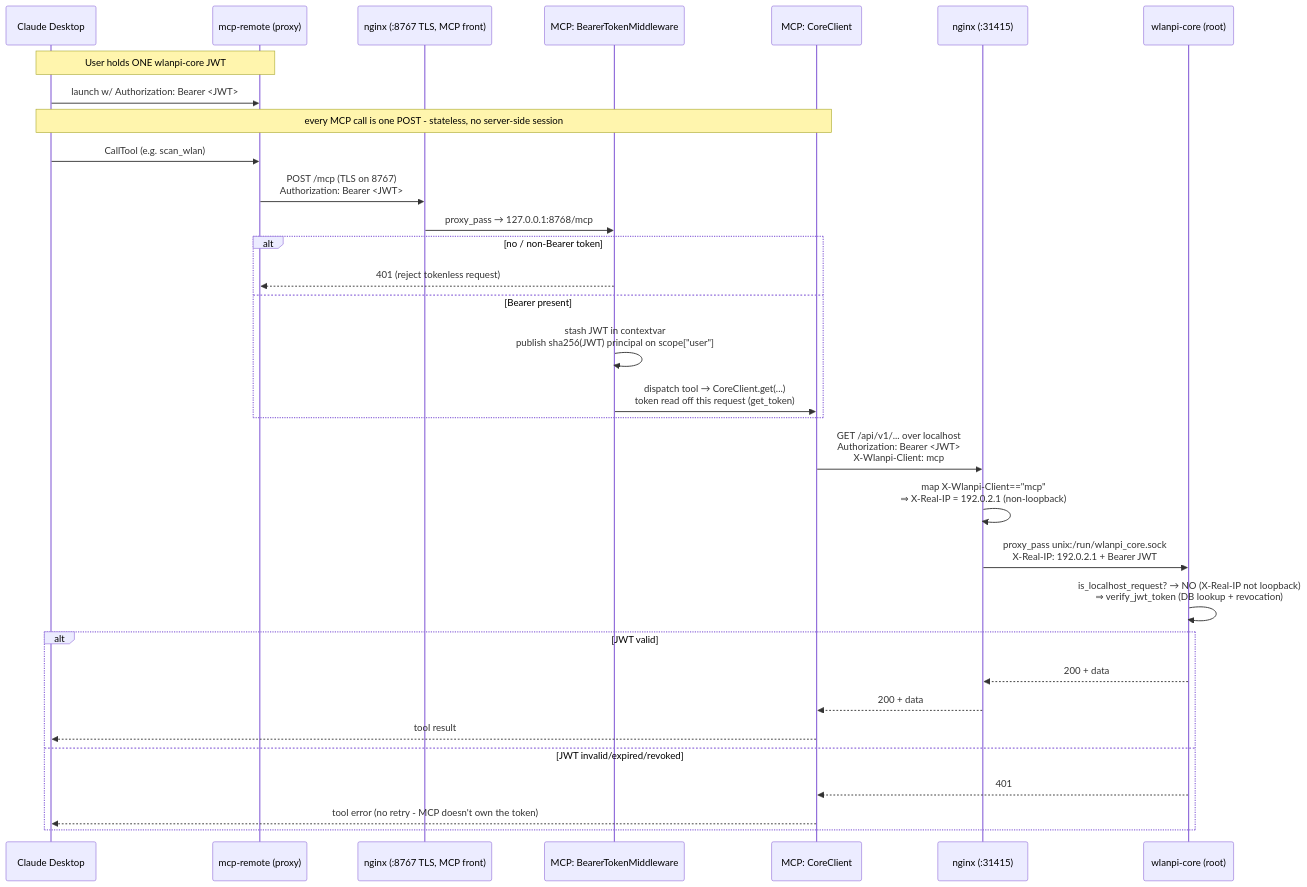
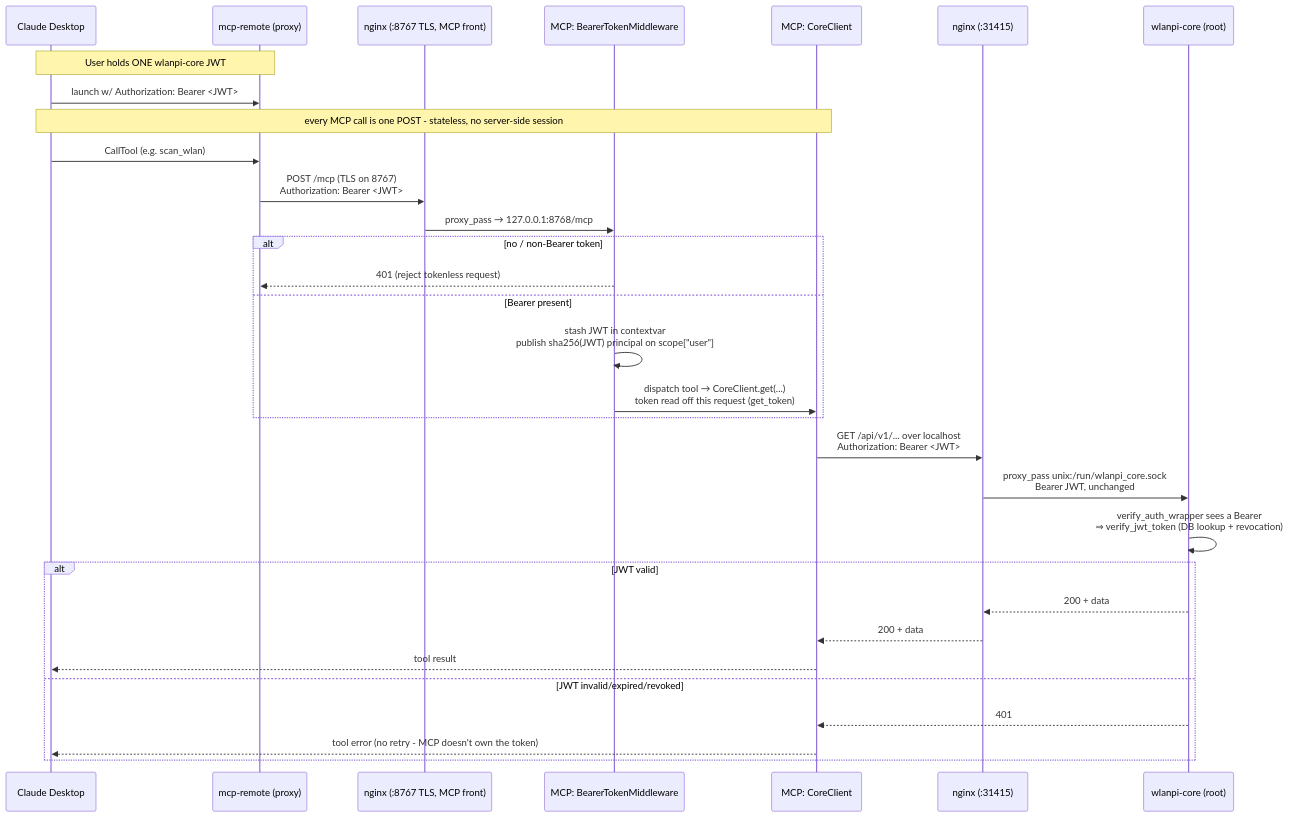
Before and after one commit to WLAN-Pi/wlanpi-mcp: the first of 2 diagrams in docs/auth-flow.md, drawn with Mermaid. The commit also changed other lines of this file and 4 other files, not shown here.

First line of the commit message:
fix(client): drop X-Wlanpi-Client header (#37) (#83)

````diff
--- a/docs/auth-flow.md
+++ b/docs/auth-flow.md
@@ -17,35 +15,34 @@
 ```mermaid
 sequenceDiagram
     participant CD as Claude Desktop
     participant MR as mcp-remote (proxy)
     participant MG as nginx (:8767 TLS, MCP front)
     participant MW as MCP: BearerTokenMiddleware
     participant CC as MCP: CoreClient
     participant NG as nginx (:31415)
     participant API as wlanpi-core (root)
 
     Note over CD,MR: User holds ONE wlanpi-core JWT
     CD->>MR: launch w/ Authorization: Bearer <JWT>
     Note over CD,CC: every MCP call is one POST - stateless, no server-side session
     CD->>MR: CallTool (e.g. scan_wlan)
     MR->>MG: POST /mcp (TLS on 8767)<br/>Authorization: Bearer <JWT>
     MG->>MW: proxy_pass → 127.0.0.1:8768/mcp
     alt no / non-Bearer token
         MW-->>MR: 401 (reject tokenless request)
     else Bearer present
         MW->>MW: stash JWT in contextvar<br/>publish sha256(JWT) principal on scope["user"]
         MW->>CC: dispatch tool → CoreClient.get(...)<br/>token read off this request (get_token)
     end
-    CC->>NG: GET /api/v1/... over localhost<br/>Authorization: Bearer <JWT><br/>X-Wlanpi-Client: mcp
-    NG->>NG: map X-Wlanpi-Client=="mcp"<br/>⇒ X-Real-IP = 192.0.2.1 (non-loopback)
-    NG->>API: proxy_pass unix:/run/wlanpi_core.sock<br/>X-Real-IP: 192.0.2.1 + Bearer JWT
-    API->>API: is_localhost_request? → NO (X-Real-IP not loopback)<br/>⇒ verify_jwt_token (DB lookup + revocation)
+    CC->>NG: GET /api/v1/... over localhost<br/>Authorization: Bearer <JWT>
+    NG->>API: proxy_pass unix:/run/wlanpi_core.sock<br/>Bearer JWT, unchanged
+    API->>API: verify_auth_wrapper sees a Bearer<br/>⇒ verify_jwt_token (DB lookup + revocation)
     alt JWT valid
         API-->>NG: 200 + data
         NG-->>CC: 200 + data
         CC-->>CD: tool result
     else JWT invalid/expired/revoked
         API-->>CC: 401
         CC-->>CD: tool error (no retry - MCP doesn't own the token)
     end
 ```
````
